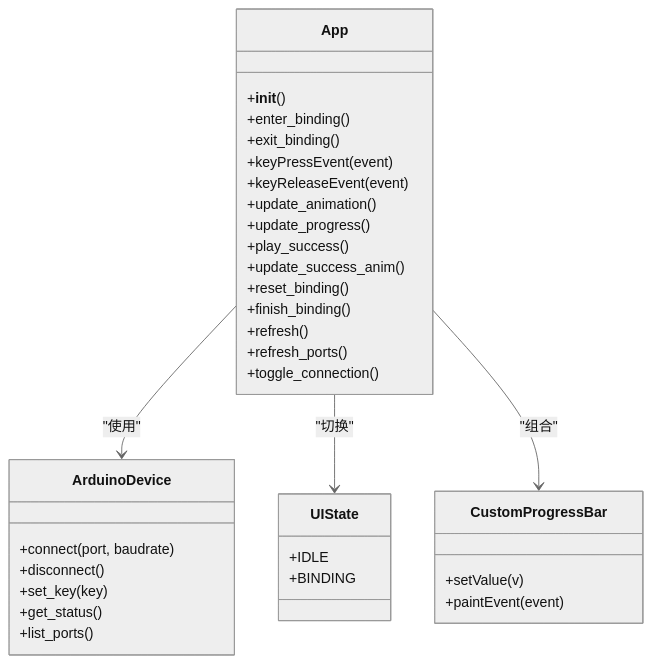
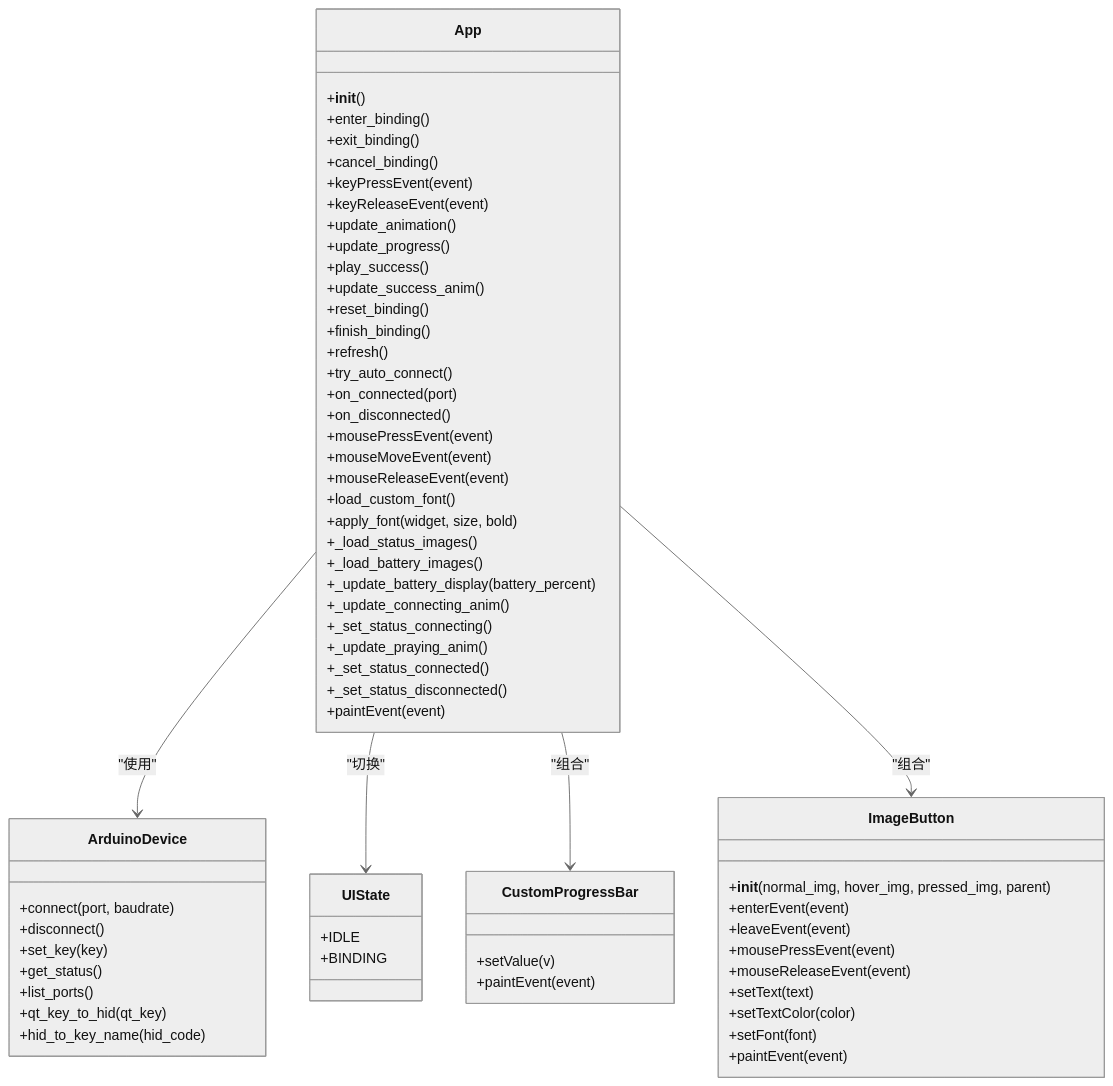
The third of 11 diagrams in .qoder/repowiki/zh/content/桌面应用架构/桌面应用架构.md (Hankun-P/wireless-keyboard-toy), drawn with Mermaid (neutral theme) before and after one commit. The commit also changed other lines of this file and 10 other files, not shown here.

````diff
--- a/.qoder/repowiki/zh/content/桌面应用架构/桌面应用架构.md
+++ b/.qoder/repowiki/zh/content/桌面应用架构/桌面应用架构.md
@@ -181,37 +212,67 @@
 ```mermaid
 classDiagram
 class App {
 +__init__()
 +enter_binding()
 +exit_binding()
++cancel_binding()
 +keyPressEvent(event)
 +keyReleaseEvent(event)
 +update_animation()
 +update_progress()
 +play_success()
 +update_success_anim()
 +reset_binding()
 +finish_binding()
 +refresh()
-+refresh_ports()
-+toggle_connection()
++try_auto_connect()
++on_connected(port)
++on_disconnected()
++mousePressEvent(event)
++mouseMoveEvent(event)
++mouseReleaseEvent(event)
++load_custom_font()
++apply_font(widget, size, bold)
++_load_status_images()
++_load_battery_images()
++_update_battery_display(battery_percent)
++_update_connecting_anim()
++_set_status_connecting()
++_update_praying_anim()
++_set_status_connected()
++_set_status_disconnected()
++paintEvent(event)
 }
 class ArduinoDevice {
 +connect(port, baudrate)
 +disconnect()
 +set_key(key)
 +get_status()
 +list_ports()
++qt_key_to_hid(qt_key)
++hid_to_key_name(hid_code)
 }
 class UIState {
 +IDLE
 +BINDING
 }
 class CustomProgressBar {
 +setValue(v)
 +paintEvent(event)
 }
+class ImageButton {
++__init__(normal_img, hover_img, pressed_img, parent)
++enterEvent(event)
++leaveEvent(event)
++mousePressEvent(event)
++mouseReleaseEvent(event)
++setText(text)
++setTextColor(color)
++setFont(font)
++paintEvent(event)
+}
 App --> ArduinoDevice : "使用"
 App --> UIState : "切换"
 App --> CustomProgressBar : "组合"
+App --> ImageButton : "组合"
 ```
````
